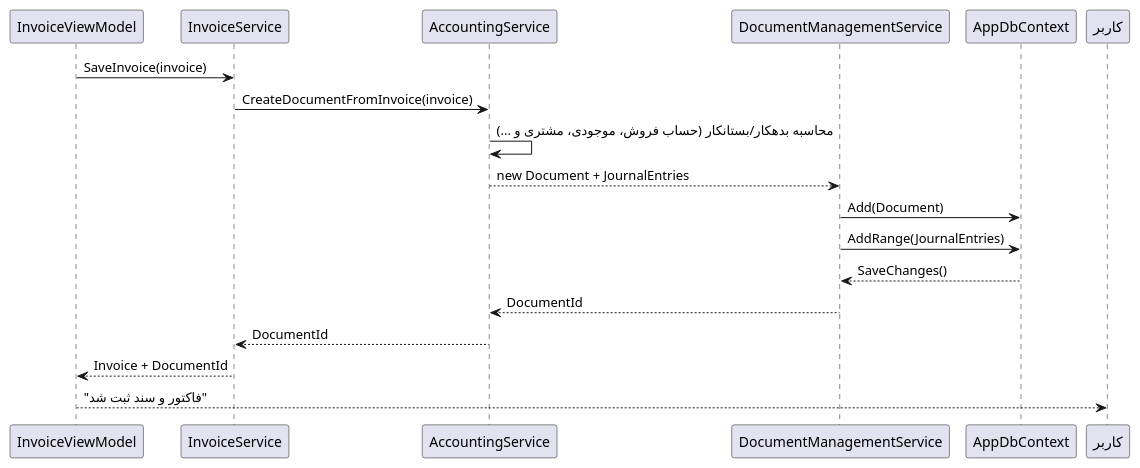
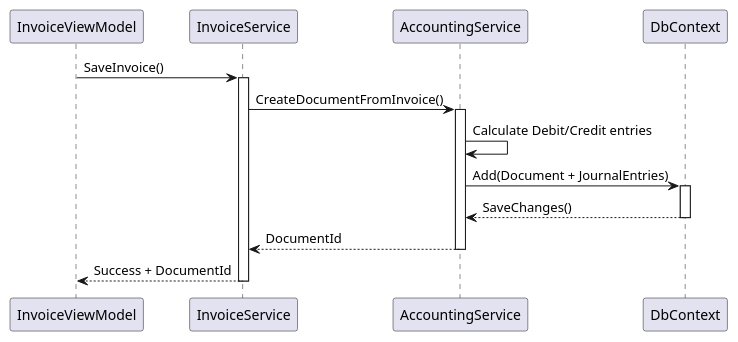
The diagram in Documents/mahak_migration/puml/sequence_document.puml (aghili/Documents), drawn with PlantUML before and after one commit. The commit also changed 6 other files, not shown here.

Commit message:
update diagrams

```diff
--- a/Documents/mahak_migration/puml/sequence_document.puml
+++ b/Documents/mahak_migration/puml/sequence_document.puml
@@ -1,19 +1,21 @@
 @startuml
-participant "InvoiceViewModel" as VM
-participant "InvoiceService" as InvServ
-participant "AccountingService" as AccServ
-participant "DocumentManagementService" as DocServ
-participant "AppDbContext" as DB
+' 3. Sequence – Auto-create Accounting Document
+participant VM as "InvoiceViewModel"
+participant IS as "InvoiceService"
+participant AS as "AccountingService"
+participant DB as "DbContext"
 
-VM -> InvServ : SaveInvoice(invoice)
-InvServ -> AccServ : CreateDocumentFromInvoice(invoice)
-AccServ -> AccServ : محاسبه بدهکار/بستانکار (حساب فروش، موجودی، مشتری و ...)
-AccServ --> DocServ : new Document + JournalEntries
-DocServ -> DB : Add(Document)
-DocServ -> DB : AddRange(JournalEntries)
-DB --> DocServ : SaveChanges()
-DocServ --> AccServ : DocumentId
-AccServ --> InvServ : DocumentId
-InvServ --> VM : Invoice + DocumentId
-VM --> کاربر : "فاکتور و سند ثبت شد"
+VM -> IS: SaveInvoice()
+activate IS
+IS -> AS: CreateDocumentFromInvoice()
+activate AS
+AS -> AS: Calculate Debit/Credit entries
+AS -> DB: Add(Document + JournalEntries)
+activate DB
+DB --> AS: SaveChanges()
+deactivate DB
+AS --> IS: DocumentId
+deactivate AS
+IS --> VM: Success + DocumentId
+deactivate IS
 @enduml
```
